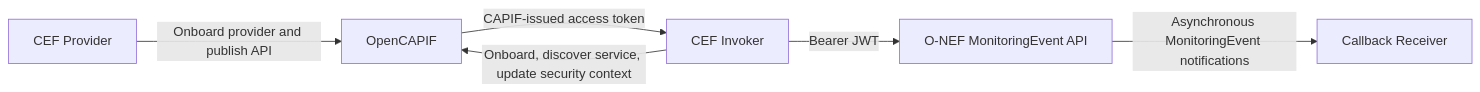
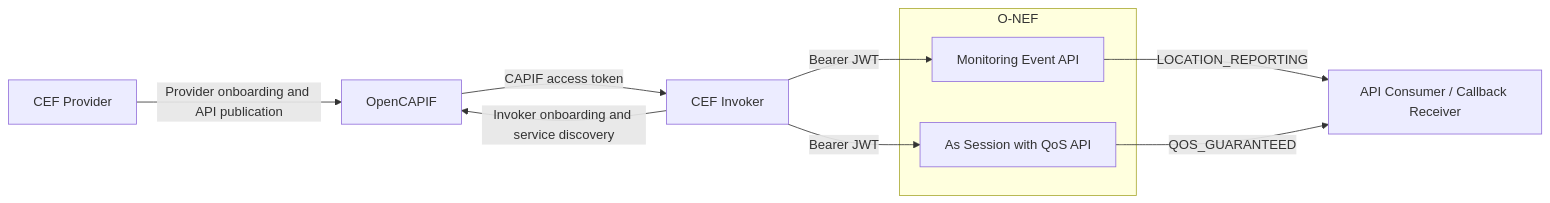
The diagram in README.md (FRONT-research-group/ocf-net-app-integration), drawn with Mermaid before and after one commit. The commit also changed other lines of this file, not shown here.

Commit message:
Update README for complete CEF O-NEF integration

````diff
--- a/README.md
+++ b/README.md
@@ -72,14 +116,23 @@
 ```mermaid
 flowchart LR
     P[CEF Provider]
     C[OpenCAPIF]
     I[CEF Invoker]
-    N[O-NEF MonitoringEvent API]
-    R[Callback Receiver]
 
-    P -->|Onboard provider and publish API| C
-    I -->|Onboard, discover service, update security context| C
-    C -->|CAPIF-issued access token| I
-    I -->|Bearer JWT| N
-    N -->|Asynchronous MonitoringEvent notifications| R
+    subgraph N[O-NEF]
+        M[Monitoring Event API]
+        Q[As Session with QoS API]
+    end
+
+    R[API Consumer / Callback Receiver]
+
+    P -->|Provider onboarding and API publication| C
+    I -->|Invoker onboarding and service discovery| C
+    C -->|CAPIF access token| I
+
+    I -->|Bearer JWT| M
+    I -->|Bearer JWT| Q
+
+    M -->|LOCATION_REPORTING| R
+    Q -->|QOS_GUARANTEED| R
 ```
````
